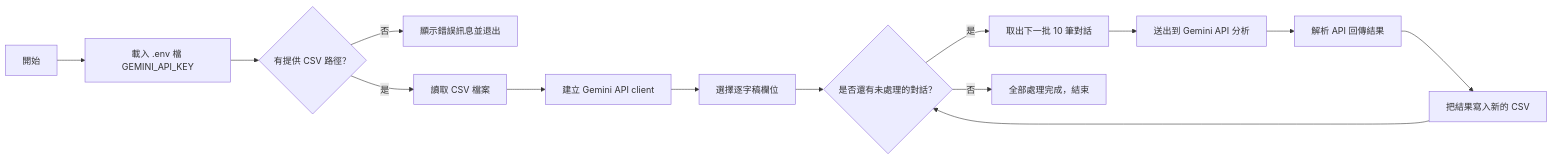
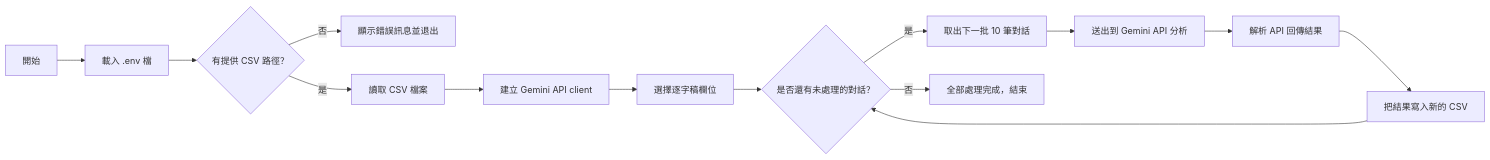
One commit to PhoebeLu1011/1132database changed the diagram in README.md. Above: the diagram before and after it, drawn with Mermaid.

````diff
--- a/README.md
+++ b/README.md
@@ -207,16 +207,16 @@
 ```mermaid
 flowchart LR
-    A[開始] --> B[載入 .env 檔 GEMINI_API_KEY]
+    A[開始] --> B[載入 .env 檔]
     B --> C{有提供 CSV 路徑？}
     C -- 否 --> D[顯示錯誤訊息並退出]
     C -- 是 --> E[讀取 CSV 檔案]
     E --> F[建立 Gemini API client]
     F --> G[選擇逐字稿欄位]
     G --> H{是否還有未處理的對話？}
     H -- 是 --> I[取出下一批 10 筆對話]
     I --> J[送出到 Gemini API 分析]
     J --> K[解析 API 回傳結果]
     K --> L[把結果寫入新的 CSV]
     L --> H
     H -- 否 --> M[全部處理完成，結束]
 ```
````
